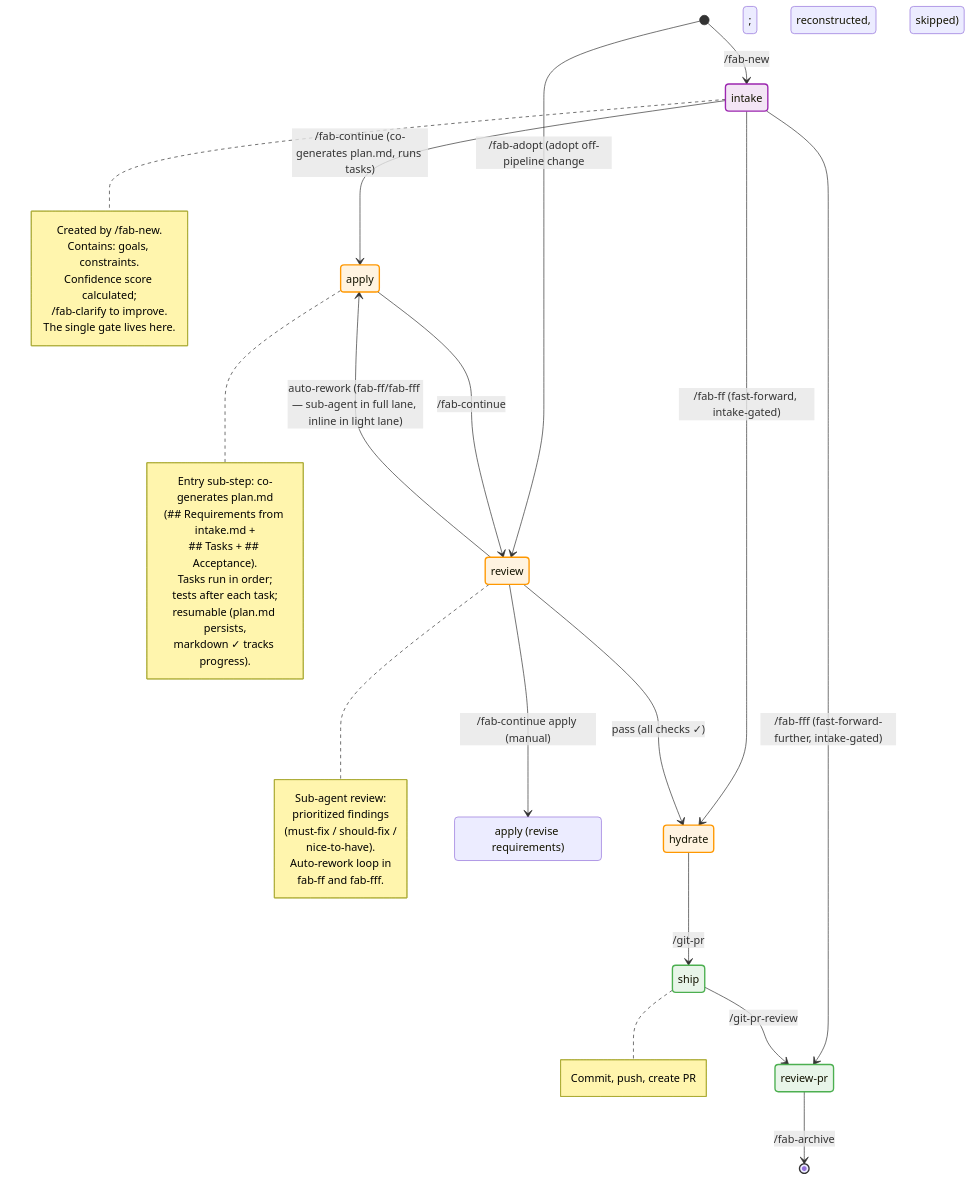
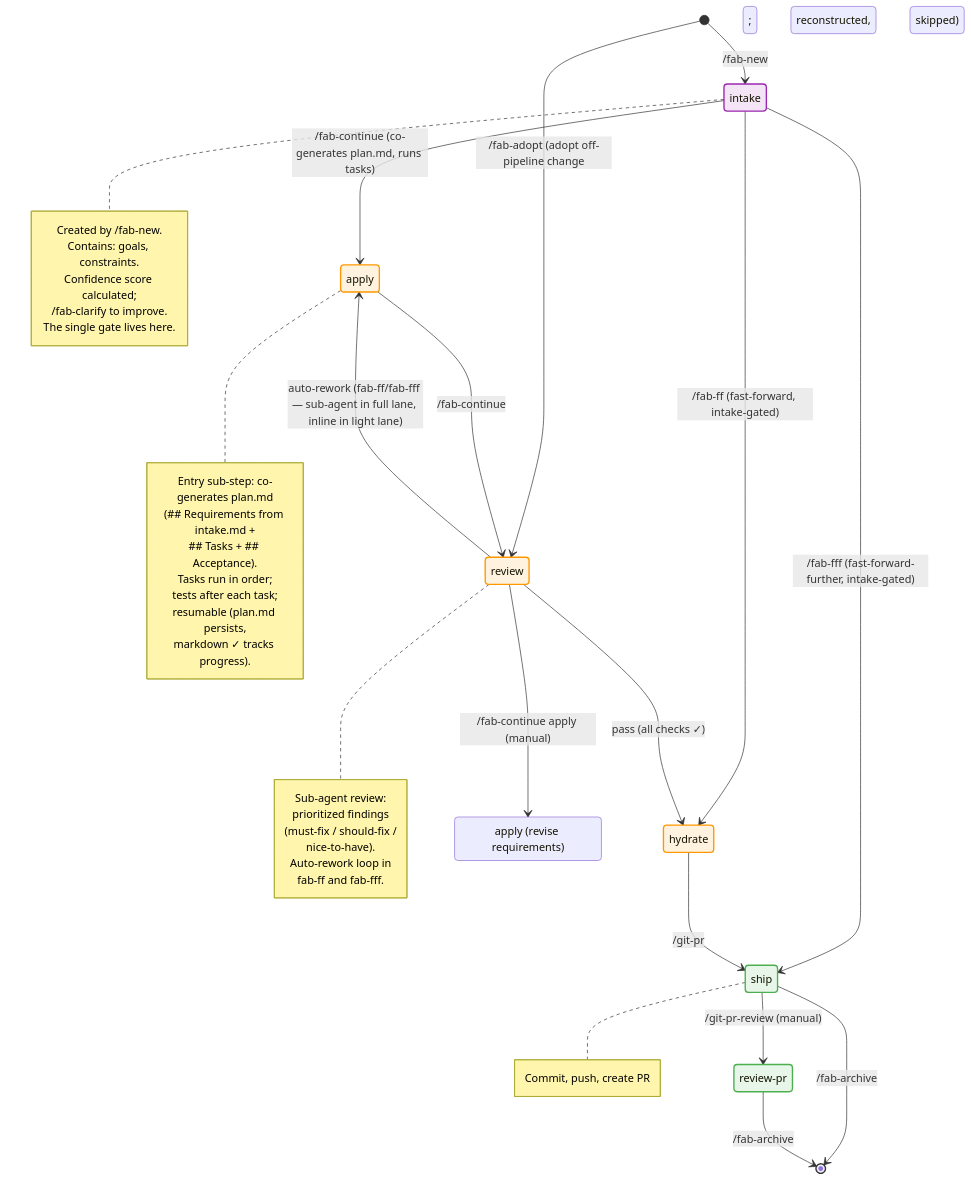
Before and after one commit to sahil87/fab-kit: the third of 4 diagrams in docs/specs/user-flow.md, drawn with Mermaid. The commit also changed other lines of this file and 63 other files, not shown here.

First line of the commit message:
refactor: Retire `review-pr` as a pipeline stage — ship becomes terminal, `/git-pr-review` becomes a manual skill (#689)

````diff
--- a/docs/specs/user-flow.md
+++ b/docs/specs/user-flow.md
@@ -97,66 +98,67 @@
 ```mermaid
 stateDiagram-v2
     direction TB
 
     [*] --> intake: /fab-new
     [*] --> review: /fab-adopt (adopt off-pipeline change; intake reconstructed, apply skipped)
 
     intake --> apply: /fab-continue (co-generates plan.md, runs tasks)
     intake --> hydrate: /fab-ff (fast-forward, intake-gated)
-    intake --> review_pr: /fab-fff (fast-forward-further, intake-gated)
+    intake --> ship: /fab-fff (fast-forward-further, intake-gated)
 
     apply --> review: /fab-continue
 
     review --> hydrate: pass (all checks ✓)
     review --> apply: auto-rework (fab-ff/fab-fff — sub-agent in full lane, inline in light lane)
     review --> earlier_stage: /fab-continue apply (manual)
 
     state "apply (revise requirements)" as earlier_stage
 
     hydrate --> ship: /git-pr
-    ship --> review_pr: /git-pr-review
+    ship --> review_pr: /git-pr-review (manual)
+    ship --> [*]: /fab-archive
     review_pr --> [*]: /fab-archive
 
     state "review-pr" as review_pr
 
     note right of intake
         Created by /fab-new.
         Contains: goals, constraints.
         Confidence score calculated;
         /fab-clarify to improve.
         The single gate lives here.
     end note
 
     note right of apply
         Entry sub-step: co-generates plan.md
         (## Requirements from intake.md +
         ## Tasks + ## Acceptance).
         Tasks run in order;
         tests after each task;
         resumable (plan.md persists,
         markdown ✓ tracks progress).
     end note
 
     note right of review
         Sub-agent review:
         prioritized findings
         (must-fix / should-fix /
         nice-to-have).
         Auto-rework loop in
         fab-ff and fab-fff.
     end note
 
     note right of ship
         Commit, push, create PR
     end note
 
     %% Styles
     classDef planning fill:#e8f4f8,stroke:#2196F3,stroke-width:2px
     classDef execution fill:#fff3e0,stroke:#FF9800,stroke-width:2px
     classDef shipping fill:#e8f5e9,stroke:#4CAF50,stroke-width:2px
     classDef input fill:#f3e5f5,stroke:#9C27B0,stroke-width:2px
 
     class intake input
     class apply,review,hydrate execution
     class ship,review_pr shipping
 ```
````
